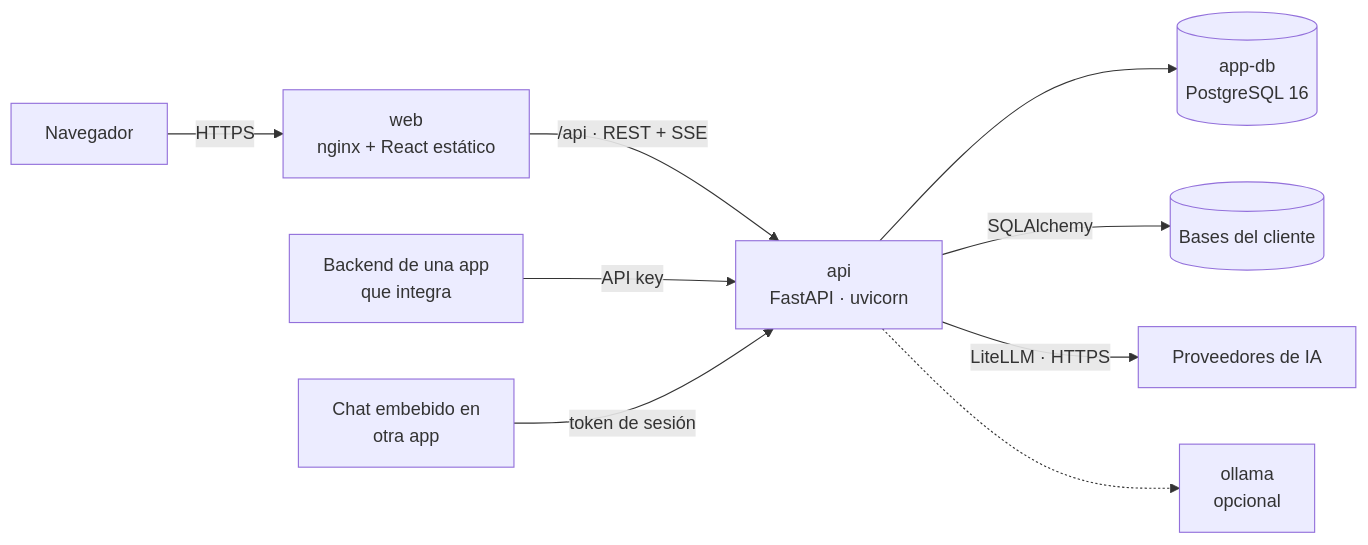
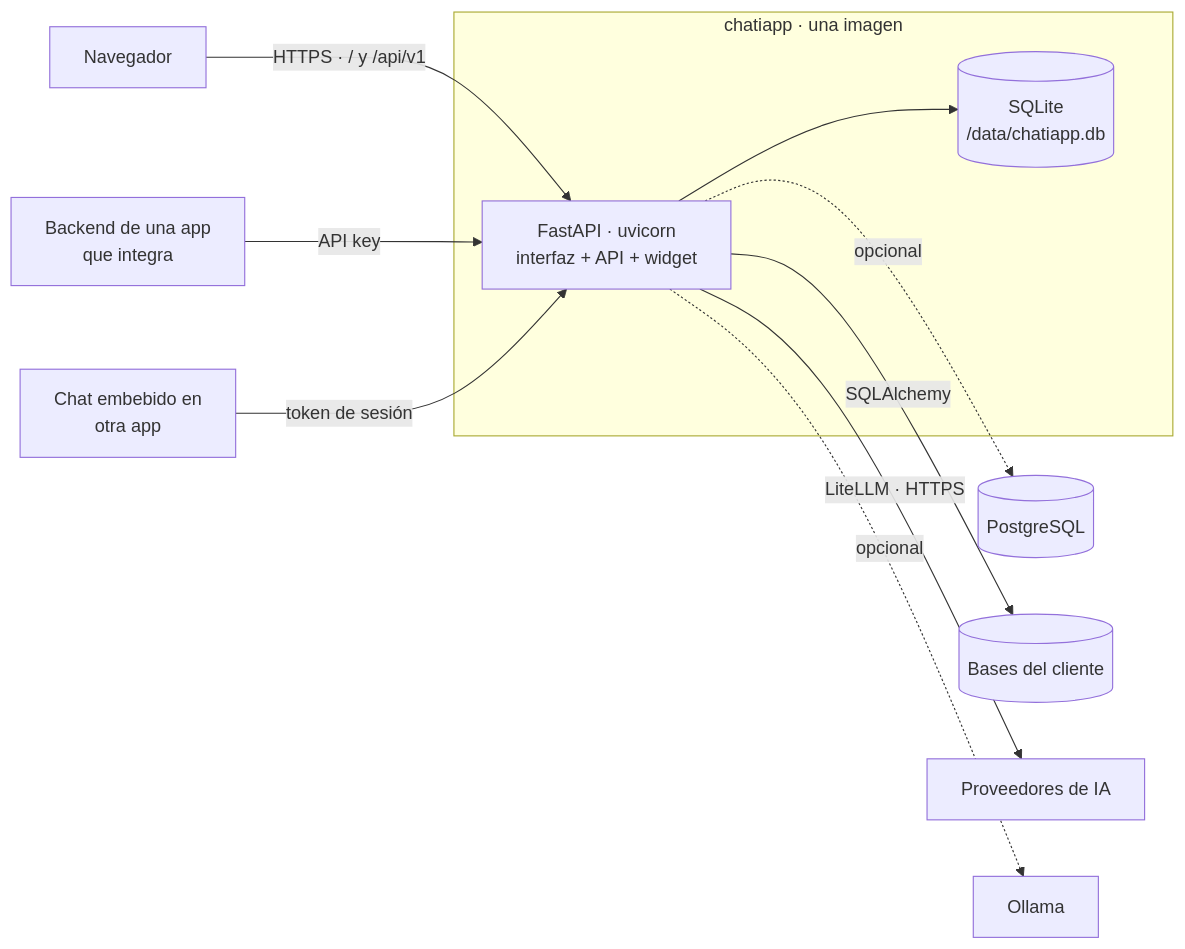
The second of 5 diagrams in docs/ARQUITECTURA.md (jmmana/ChatIApp), drawn with Mermaid before and after one commit. The commit also changed other lines of this file and 7 other files, not shown here.

First line of the commit message:
ADR 0008: una sola imagen con SQLite por defecto

````diff
--- a/docs/ARQUITECTURA.md
+++ b/docs/ARQUITECTURA.md
@@ -37,11 +39,15 @@
 ```mermaid
 flowchart LR
-    B["Navegador"] -->|HTTPS| W["web<br/>nginx + React estático"]
-    W -->|"/api · REST + SSE"| A["api<br/>FastAPI · uvicorn"]
+    B["Navegador"] -->|"HTTPS · / y /api/v1"| A
     H["Backend de una app<br/>que integra"] -->|"API key"| A
     E["Chat embebido en<br/>otra app"] -->|"token de sesión"| A
-    A --> P[("app-db<br/>PostgreSQL 16")]
+    subgraph IMG["chatiapp · una imagen"]
+        A["FastAPI · uvicorn<br/>interfaz + API + widget"]
+        S[("SQLite<br/>/data/chatiapp.db")]
+        A --> S
+    end
+    A -.->|"opcional"| P[("PostgreSQL")]
     A -->|"SQLAlchemy"| C[("Bases del cliente")]
     A -->|"LiteLLM · HTTPS"| L["Proveedores de IA"]
-    A -.-> O["ollama<br/>opcional"]
+    A -.->|"opcional"| O["Ollama"]
 ```
````
